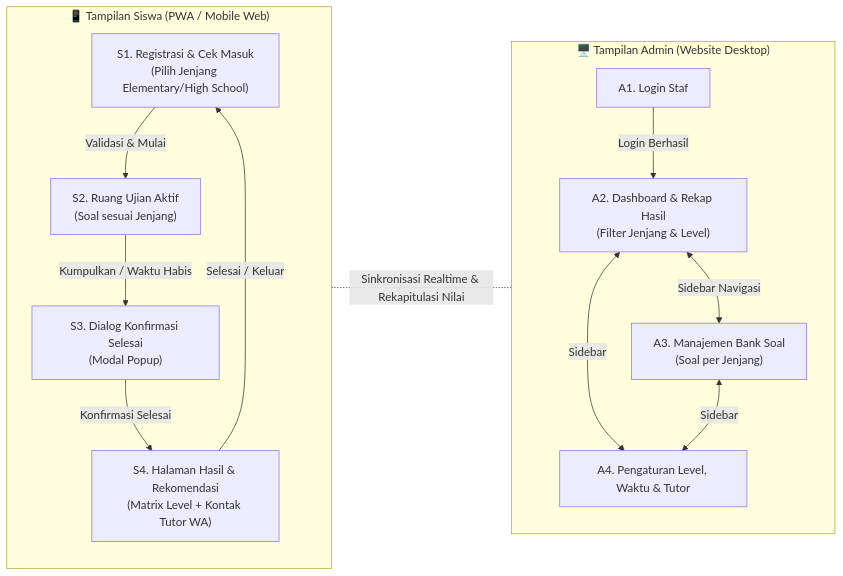
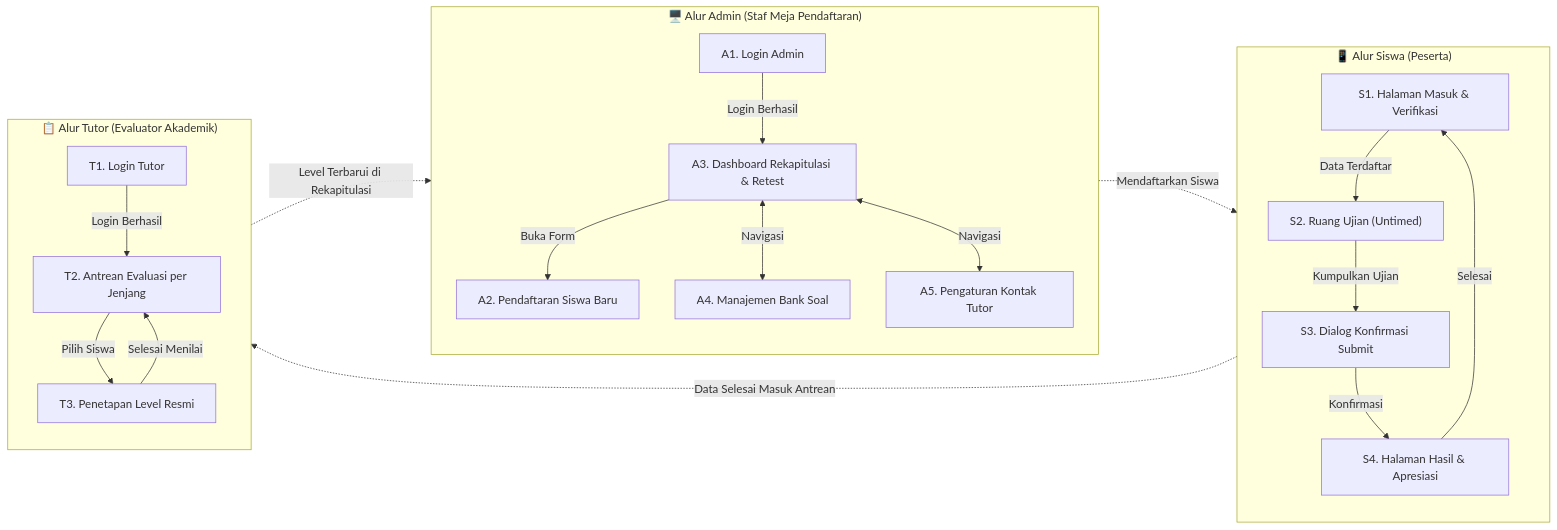
Before and after one commit to septianof/up-speaking: diagram 13 of 13 in UI_FLOW.md, drawn with Mermaid. The commit also changed other lines of this file and 3 other files, not shown here.

Commit message:
docs: perbarui prd, ui flow, task breakdown, dan agents sesuai arsitektur baru

````diff
--- a/UI_FLOW.md
+++ b/UI_FLOW.md
@@ -389,30 +495,44 @@
 ```mermaid
 flowchart LR
-    subgraph SISWA ["📱 Tampilan Siswa (PWA / Mobile Web)"]
+    subgraph SISWA ["📱 Alur Siswa (Peserta)"]
         direction TB
-        S1["S1. Registrasi & Cek Masuk<br/>(Pilih Jenjang Elementary/High School)"]
-        S2["S2. Ruang Ujian Aktif<br/>(Soal sesuai Jenjang)"]
-        S3["S3. Dialog Konfirmasi Selesai<br/>(Modal Popup)"]
-        S4["S4. Halaman Hasil & Rekomendasi<br/>(Matrix Level + Kontak Tutor WA)"]
+        S1["S1. Halaman Masuk & Verifikasi"]
+        S2["S2. Ruang Ujian (Untimed)"]
+        S3["S3. Dialog Konfirmasi Submit"]
+        S4["S4. Halaman Hasil & Apresiasi"]
 
-        S1 -->|Validasi & Mulai| S2
-        S2 -->|Kumpulkan / Waktu Habis| S3
-        S3 -->|Konfirmasi Selesai| S4
-        S4 -->|Selesai / Keluar| S1
+        S1 -->|Data Terdaftar| S2
+        S2 -->|Kumpulkan Ujian| S3
+        S3 -->|Konfirmasi| S4
+        S4 -->|Selesai| S1
     end
 
-    subgraph ADMIN ["🖥️ Tampilan Admin (Website Desktop)"]
+    subgraph ADMIN ["🖥️ Alur Admin (Staf Meja Pendaftaran)"]
         direction TB
-        A1["A1. Login Staf"]
-        A2["A2. Dashboard & Rekap Hasil<br/>(Filter Jenjang & Level)"]
-        A3["A3. Manajemen Bank Soal<br/>(Soal per Jenjang)"]
-        A4["A4. Pengaturan Level, Waktu & Tutor"]
+        A1["A1. Login Admin"]
+        A2["A2. Pendaftaran Siswa Baru"]
+        A3["A3. Dashboard Rekapitulasi & Retest"]
+        A4["A4. Manajemen Bank Soal"]
+        A5["A5. Pengaturan Kontak Tutor"]
 
-        A1 -->|Login Berhasil| A2
-        A2 <-->|Sidebar Navigasi| A3
-        A2 <-->|Sidebar| A4
-        A3 <-->|Sidebar| A4
+        A1 -->|Login Berhasil| A3
+        A3 -->|Buka Form| A2
+        A3 <-->|Navigasi| A4
+        A3 <-->|Navigasi| A5
     end
 
-    SISWA -. "Sinkronisasi Realtime & Rekapitulasi Nilai" .- ADMIN
+    subgraph TUTOR ["📋 Alur Tutor (Evaluator Akademik)"]
+        direction TB
+        T1["T1. Login Tutor"]
+        T2["T2. Antrean Evaluasi per Jenjang"]
+        T3["T3. Penetapan Level Resmi"]
+
+        T1 -->|Login Berhasil| T2
+        T2 -->|Pilih Siswa| T3
+        T3 -->|Selesai Menilai| T2
+    end
+
+    A2 -. "Mendaftarkan Siswa" .-> S1
+    S4 -. "Data Selesai Masuk Antrean" .-> T2
+    T3 -. "Level Terbarui di Rekapitulasi" .-> A3
 ```
````
